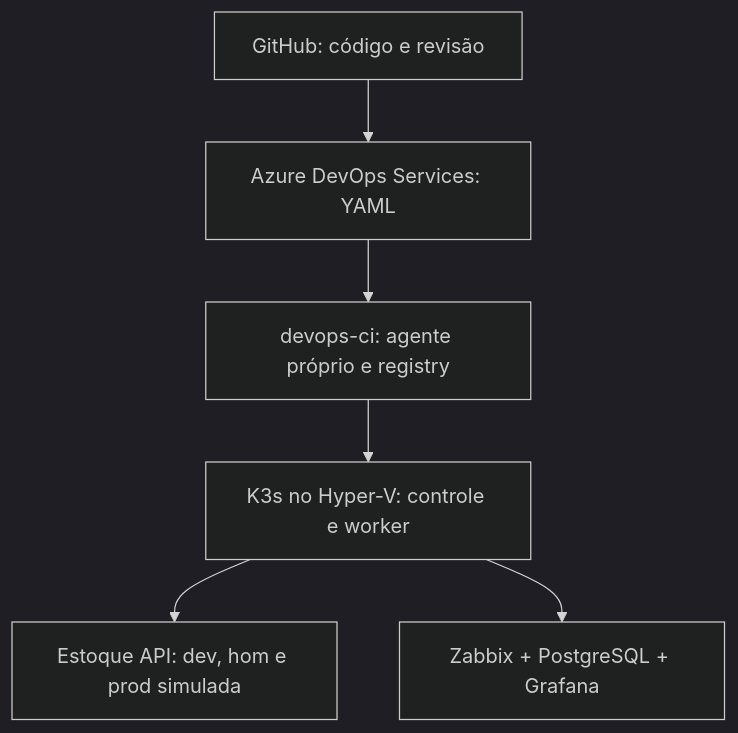
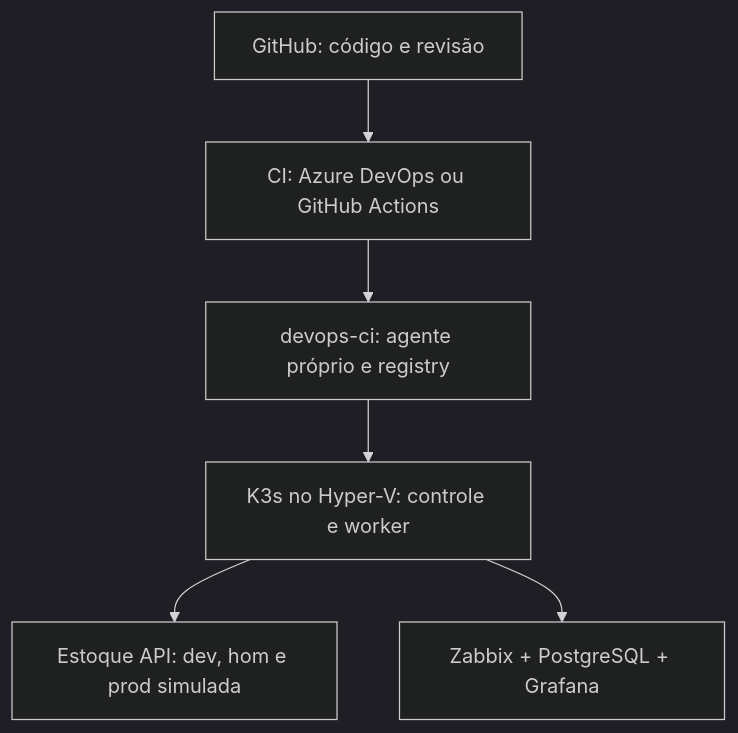
One commit to Glaucojr17/devops-platform-lab changed the diagram in docs/stock-saas-hyperv/README.md. Above: the diagram before and after it, drawn with Mermaid (dark theme).

Commit message:
docs: alinha diagrama ao CI disponivel

````diff
--- a/docs/stock-saas-hyperv/README.md
+++ b/docs/stock-saas-hyperv/README.md
@@ -11,8 +11,8 @@
 ```mermaid
 flowchart TD
-    A["GitHub: código e revisão"] --> B["Azure DevOps Services: YAML"]
+    A["GitHub: código e revisão"] --> B["CI: Azure DevOps ou GitHub Actions"]
     B --> C["devops-ci: agente próprio e registry"]
     C --> D["K3s no Hyper-V: controle e worker"]
     D --> E["Estoque API: dev, hom e prod simulada"]
     D --> F["Zabbix + PostgreSQL + Grafana"]
 ```
````
